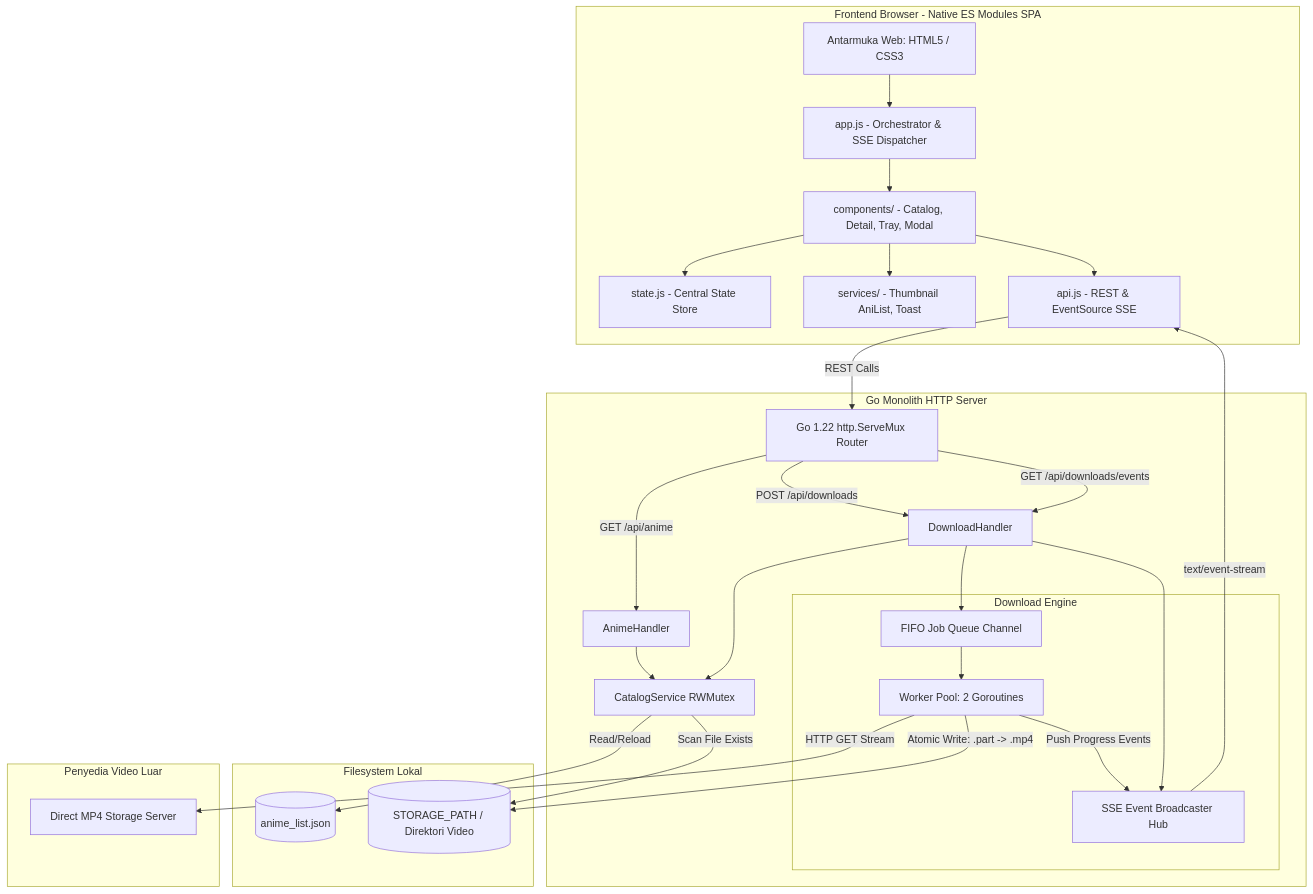
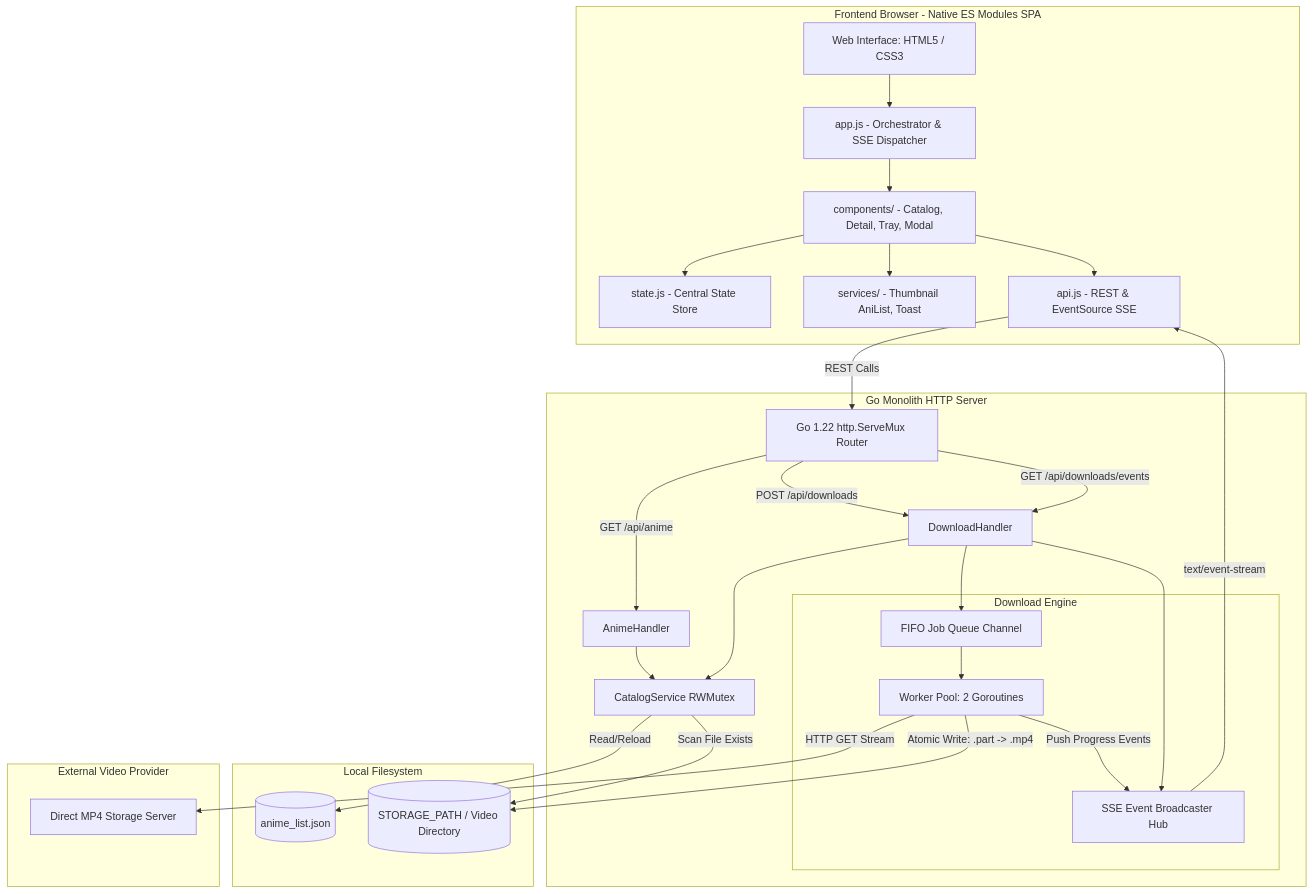
One commit to Hdeee1/anime-download changed the diagram in docs/architecture.md. Above: the diagram before and after it, drawn with Mermaid. The commit also changed other lines of this file and 5 other files, not shown here.

````diff
--- a/docs/architecture.md
+++ b/docs/architecture.md
@@ -9,59 +9,59 @@
 ```mermaid
 graph TD
     subgraph Client [Frontend Browser - Native ES Modules SPA]
-        UI[Antarmuka Web: HTML5 / CSS3]
+        UI[Web Interface: HTML5 / CSS3]
         AppOrch[app.js - Orchestrator & SSE Dispatcher]
         StateStore[state.js - Central State Store]
         UIComp[components/ - Catalog, Detail, Tray, Modal]
         Services[services/ - Thumbnail AniList, Toast]
         APIClient[api.js - REST & EventSource SSE]
         
         UI --> AppOrch
         AppOrch --> UIComp
         UIComp --> StateStore
         UIComp --> Services
         UIComp --> APIClient
     end
 
     subgraph GoServer [Go Monolith HTTP Server]
         Router[Go 1.22 http.ServeMux Router]
         AnimeHdl[AnimeHandler]
         DownloadHdl[DownloadHandler]
         
         CatalogSvc[CatalogService RWMutex]
         
         subgraph DownloadEngine [Download Engine]
             Queue[FIFO Job Queue Channel]
             WorkerPool[Worker Pool: 2 Goroutines]
             SSEHub[SSE Event Broadcaster Hub]
         end
     end
 
-    subgraph Storage [Filesystem Lokal]
+    subgraph Storage [Local Filesystem]
         JSONFile[(anime_list.json)]
-        VideoDisk[(STORAGE_PATH / Direktori Video)]
+        VideoDisk[(STORAGE_PATH / Video Directory)]
     end
 
-    subgraph Remote [Penyedia Video Luar]
+    subgraph Remote [External Video Provider]
         CDN[Direct MP4 Storage Server]
     end
     APIClient -->|REST Calls| Router
     Router -->|GET /api/anime| AnimeHdl
     Router -->|POST /api/downloads| DownloadHdl
     Router -->|GET /api/downloads/events| DownloadHdl
 
     %% Service Connections
     AnimeHdl --> CatalogSvc
     DownloadHdl --> CatalogSvc
     DownloadHdl --> Queue
     DownloadHdl --> SSEHub
     CatalogSvc -->|Read/Reload| JSONFile
     CatalogSvc -->|Scan File Exists| VideoDisk
 
     %% Downloader Connections
     Queue --> WorkerPool
     WorkerPool -->|HTTP GET Stream| CDN
     WorkerPool -->|Atomic Write: .part -> .mp4| VideoDisk
     WorkerPool -->|Push Progress Events| SSEHub
     SSEHub -->|text/event-stream| APIClient
 ```
````
